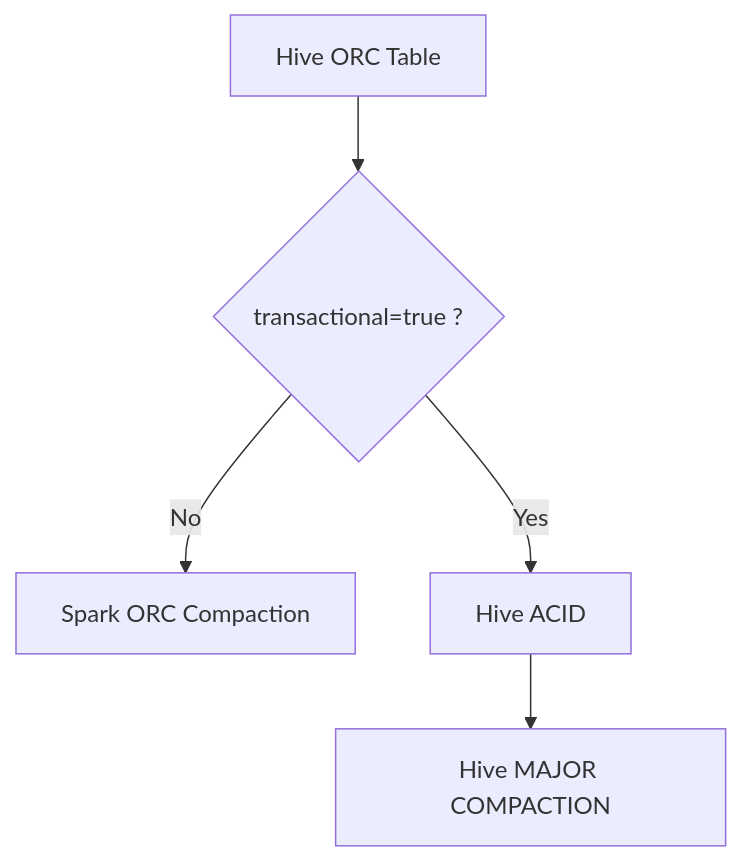
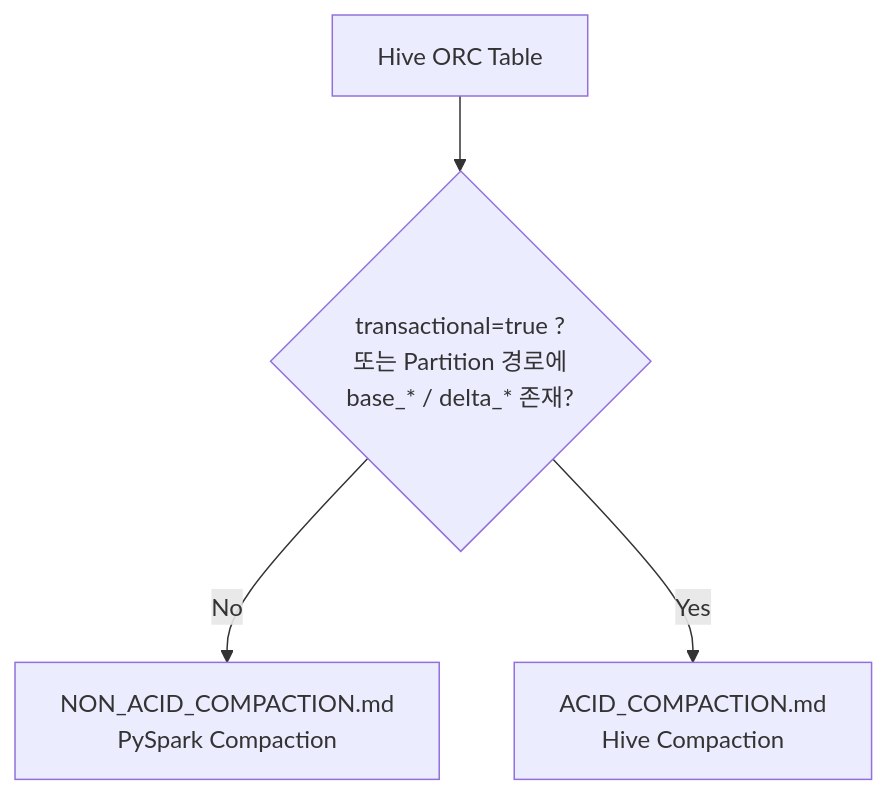
One commit to DataDynamics/hive-orc-table-compaction changed the diagram in README.md. Above: the diagram before and after it, drawn with Mermaid. The commit also changed other lines of this file and 2 other files, not shown here.

First line of the commit message:
Split compaction guides into Non-ACID and ACID documents

````diff
--- a/README.md
+++ b/README.md
@@ -1705,13 +15,11 @@
 ```mermaid
 flowchart TD
 
     A["Hive ORC Table"]
 
-    A --> B{"transactional=true ?"}
+    A --> B{"transactional=true ?<br/>또는 Partition 경로에<br/>base_* / delta_* 존재?"}
 
-    B -->|"No"| C["Spark ORC Compaction"]
+    B -->|"No"| C["NON_ACID_COMPACTION.md<br/>PySpark Compaction"]
 
-    B -->|"Yes"| D["Hive ACID"]
-
-    D --> E["Hive MAJOR COMPACTION"]
+    B -->|"Yes"| D["ACID_COMPACTION.md<br/>Hive Compaction"]
 ```
````
